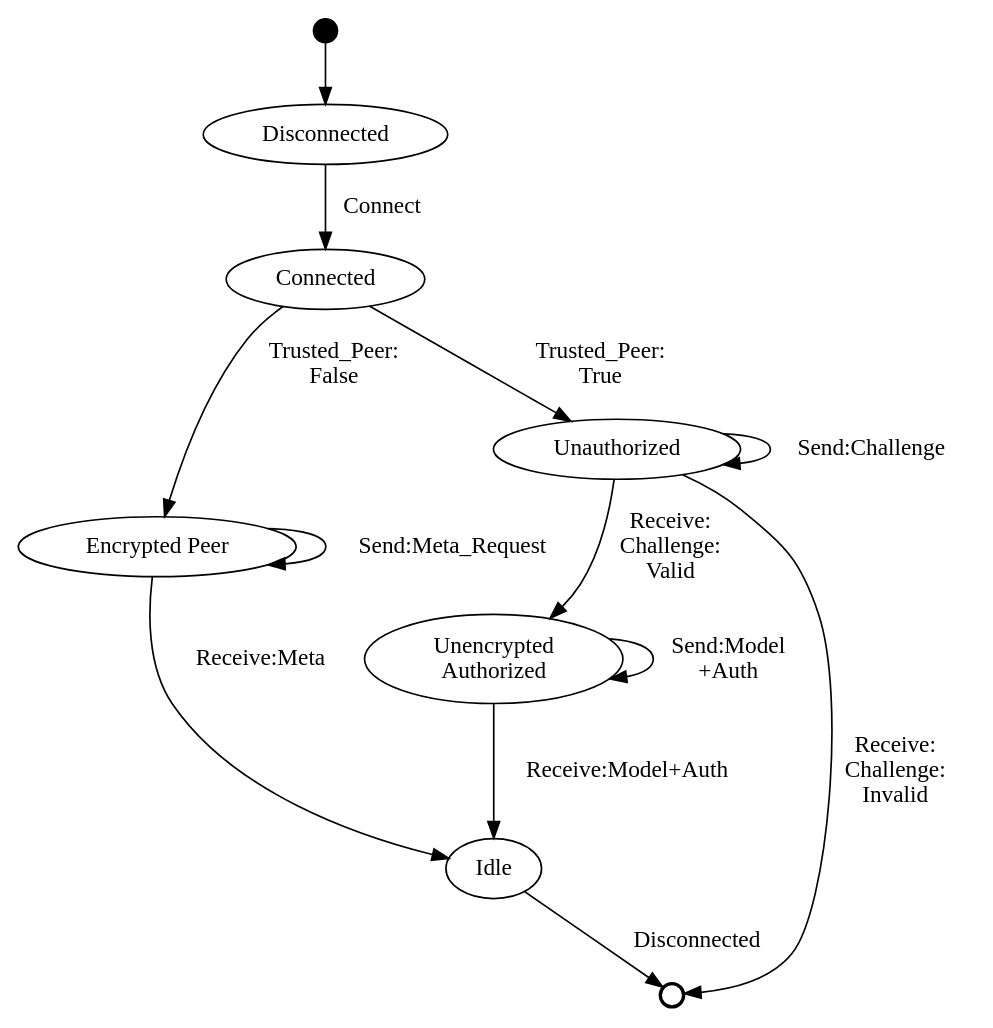
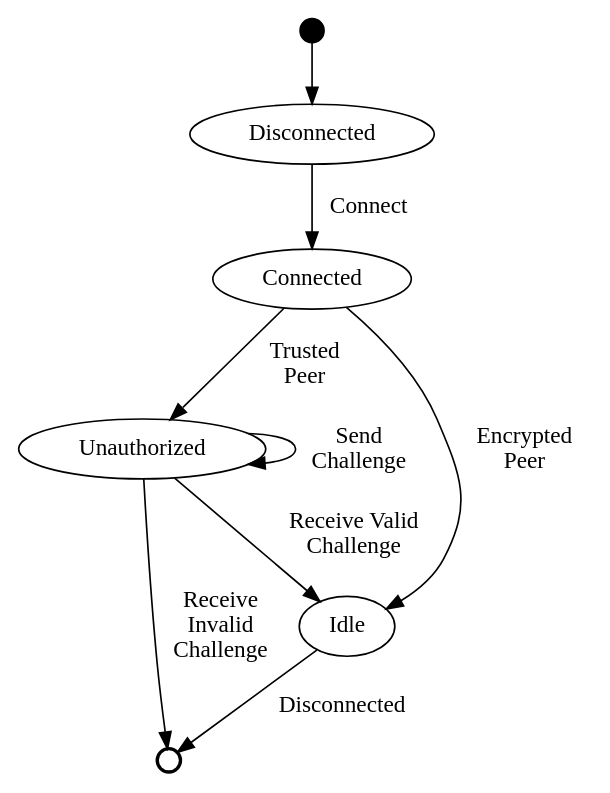
Before and after one commit to xamino/master_thesis: the diagram in graph/sm_peer_communications.dot, drawn with Graphviz. The commit also changed 1 other file, not shown here.

Commit message:
arch: meta dir stuff, connection stuff

```diff
--- a/graph/sm_peer_communications.dot
+++ b/graph/sm_peer_communications.dot
@@ -1,24 +1,18 @@
 digraph statemachine {
     // label
     start [shape="point" width="0.2"];
     a [label="Disconnected"];
     conn [label="Connected"];
-    epeer [label="Encrypted Peer"];
     c [label="Unauthorized"];
-    d [label="Unencrypted\nAuthorized"];
     idle [label="Idle"];
     end [shape="circle" width="0.2" style="bold" label=""];
     // define
     start -> a;
     a -> conn [label=" Connect "];
-    conn -> c [label=" Trusted_Peer:\nTrue "];
-    c -> end [label=" Receive:\nChallenge:\nInvalid "];
-    c -> c [label=" Send:Challenge "];
-    c -> d [label=" Receive:\nChallenge:\nValid "];
-    d -> d [label=" Send:Model\n+Auth "];
-    d -> idle [label=" Receive:Model+Auth "];
-    conn -> epeer [label=" Trusted_Peer:\nFalse "];
-    epeer -> epeer [label=" Send:Meta_Request "]
-    epeer -> idle [label=" Receive:Meta "];
+    conn -> idle [label=" Encrypted\nPeer "];
+    conn -> c [label=" Trusted\nPeer"]
+    c -> end [label=" Receive\nInvalid\nChallenge "];
+    c -> c [label=" Send\nChallenge "];
+    c -> idle [label=" Receive Valid\nChallenge "]
     idle -> end [label=" Disconnected "];
 }
```
